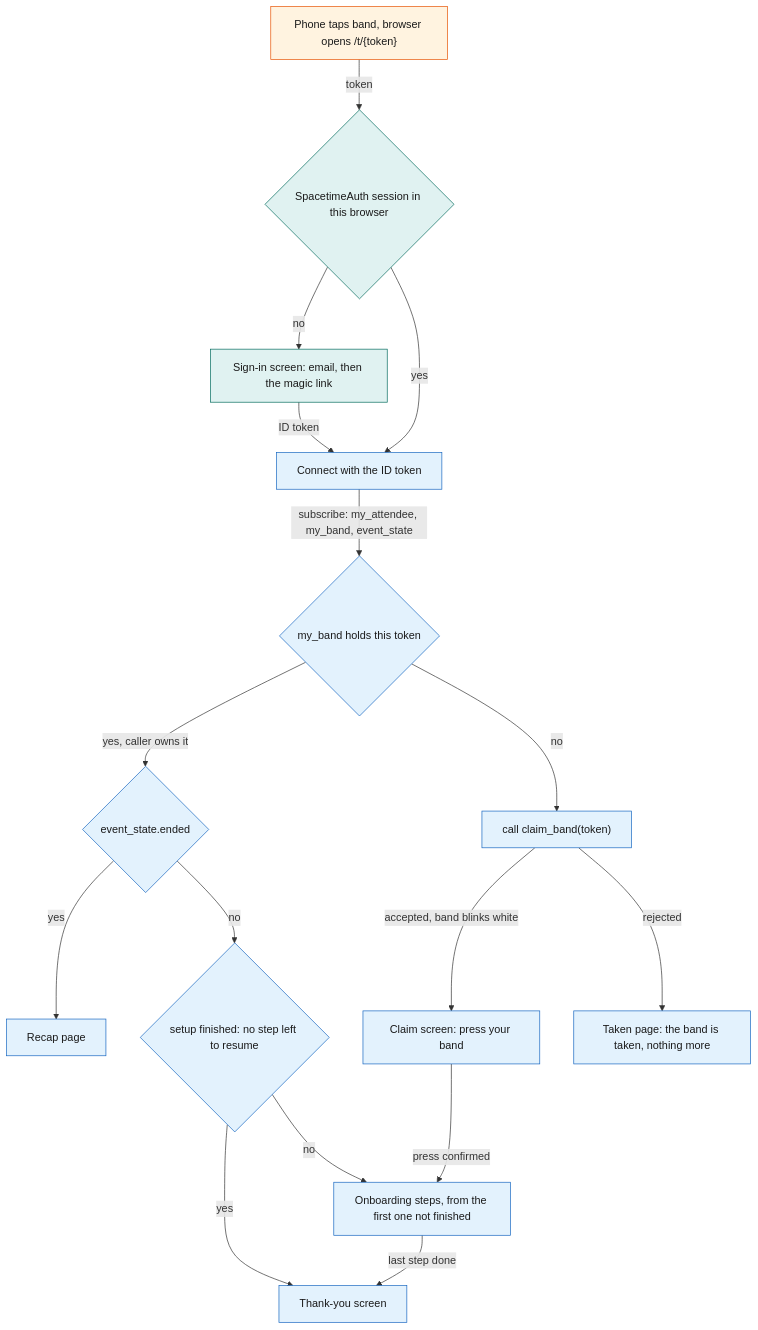
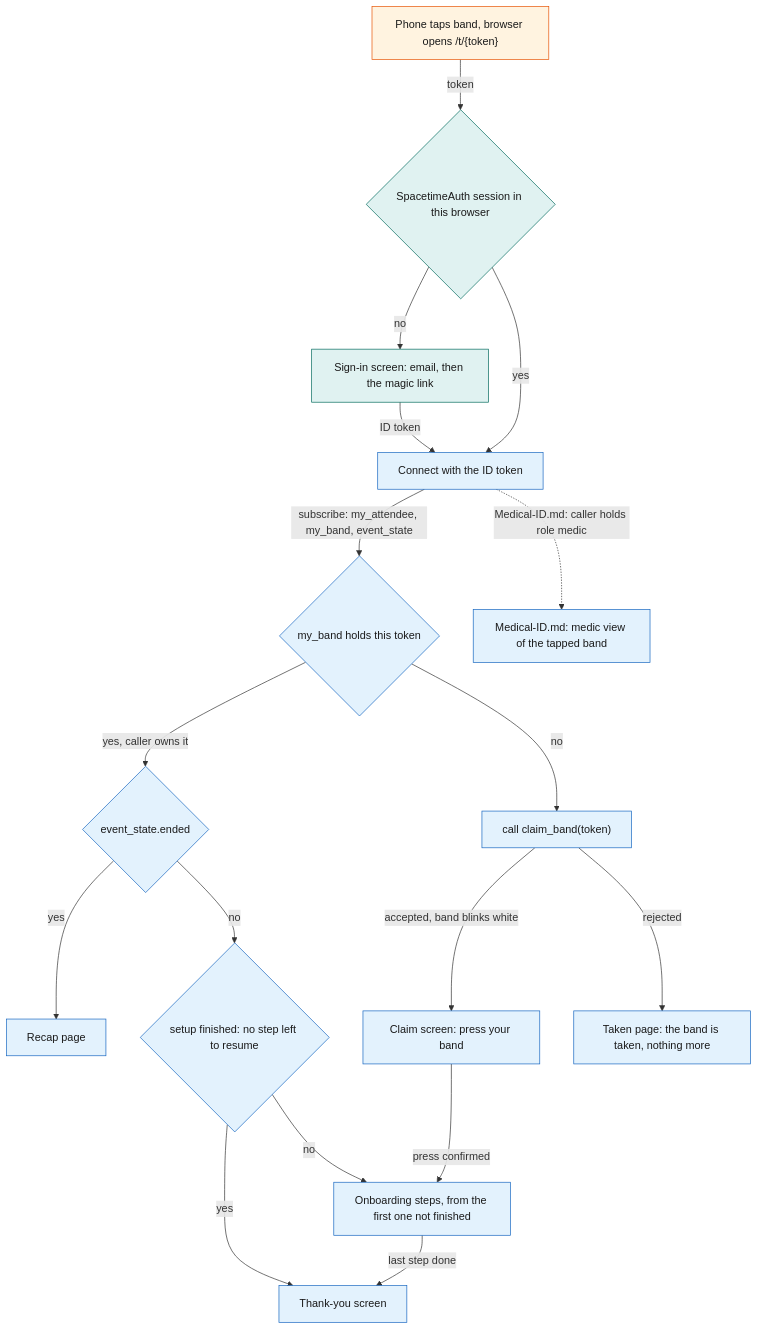
One commit to viktorinkov/cal-hacks-13 changed the first of 4 diagrams in System Design/5-apps/Attendee-App.md. Above: the diagram before and after it, drawn with Mermaid. The commit also changed other lines of this file and 22 other files, not shown here.

````diff
--- a/System Design/5-apps/Attendee-App.md
+++ b/System Design/5-apps/Attendee-App.md
@@ -69,24 +72,25 @@
 ```mermaid
 flowchart TD
     Tap["Phone taps band, browser opens /t/{token}"] -->|"token"| Sess{"SpacetimeAuth session in this browser"}
     Sess -->|"no"| SignIn["Sign-in screen: email, then the magic link"]
     SignIn -->|"ID token"| Conn["Connect with the ID token"]
     Sess -->|"yes"| Conn
     Conn -->|"subscribe: my_attendee, my_band, event_state"| Mine{"my_band holds this token"}
     Mine -->|"yes, caller owns it"| Ended{"event_state.ended"}
     Ended -->|"yes"| Recap["Recap page"]
     Ended -->|"no"| Named{"setup finished: no step left to resume"}
     Named -->|"yes"| Thanks["Thank-you screen"]
     Named -->|"no"| Onb["Onboarding steps, from the first one not finished"]
     Mine -->|"no"| Start["call claim_band(token)"]
+    Conn -.->|"Medical-ID.md: caller holds role medic"| Medic["Medical-ID.md: medic view of the tapped band"]
     Start -->|"accepted, band blinks white"| Claim["Claim screen: press your band"]
     Start -->|"rejected"| Taken["Taken page: the band is taken, nothing more"]
     Claim -->|"press confirmed"| Onb
     Onb -->|"last step done"| Thanks
     classDef web fill:#E3F2FD,stroke:#1565C0,color:#1A1A1A
     classDef device fill:#FFF3E0,stroke:#E65100,color:#1A1A1A
     classDef ext fill:#E0F2F1,stroke:#00695C,color:#1A1A1A
-    class Conn,Mine,Ended,Named,Start,Claim,Onb,Thanks,Recap,Taken web
+    class Conn,Mine,Ended,Named,Start,Claim,Onb,Thanks,Recap,Taken,Medic web
     class Tap device
     class Sess,SignIn ext
 ```
````
